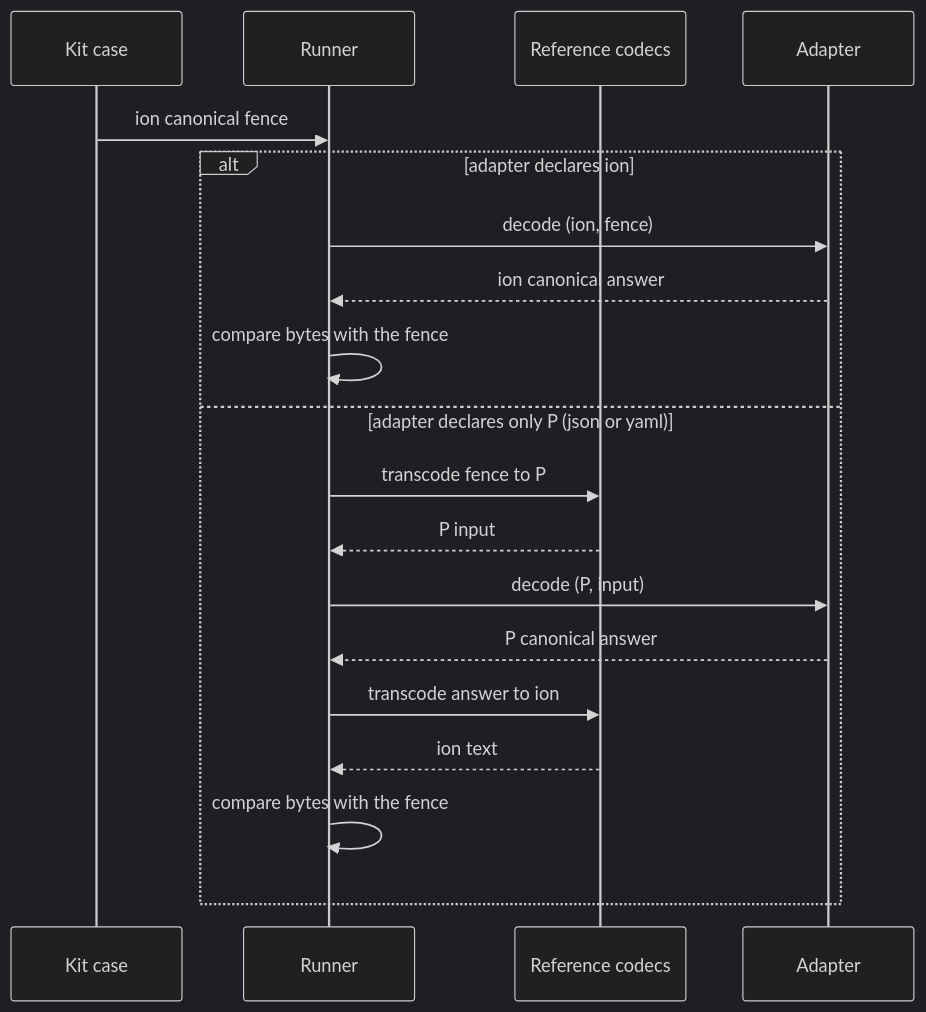
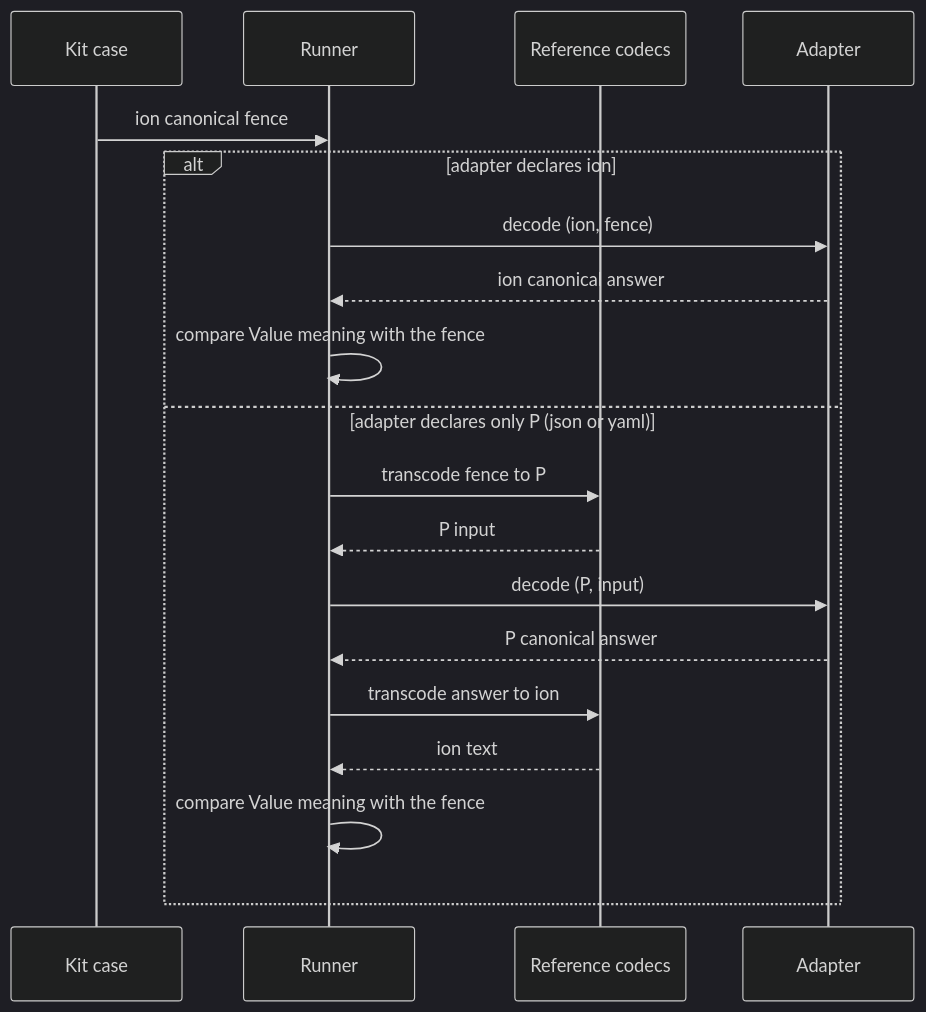
The diagram in docs/design/draft/testing/mck-ion-reference.md (finos/morphir), drawn with Mermaid (dark theme) before and after one commit. The commit also changed other lines of this file and 7 other files, not shown here.

````diff
--- a/docs/design/draft/testing/mck-ion-reference.md
+++ b/docs/design/draft/testing/mck-ion-reference.md
@@ -174,21 +181,21 @@
 ```mermaid
 sequenceDiagram
     participant K as Kit case
     participant R as Runner
     participant C as Reference codecs
     participant A as Adapter
     K->>R: ion canonical fence
     alt adapter declares ion
         R->>A: decode (ion, fence)
         A-->>R: ion canonical answer
-        R->>R: compare bytes with the fence
+        R->>R: compare Value meaning with the fence
     else adapter declares only P (json or yaml)
         R->>C: transcode fence to P
         C-->>R: P input
         R->>A: decode (P, input)
         A-->>R: P canonical answer
         R->>C: transcode answer to ion
         C-->>R: ion text
-        R->>R: compare bytes with the fence
+        R->>R: compare Value meaning with the fence
     end
 ```
````
